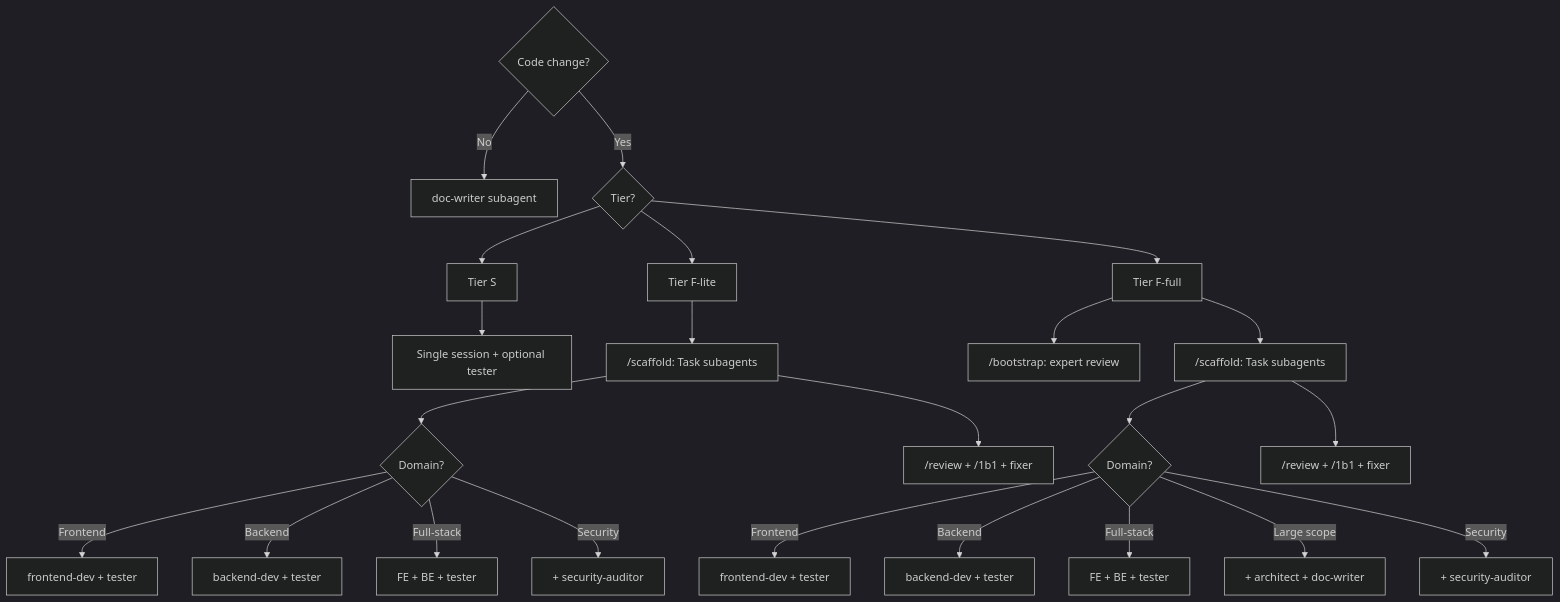
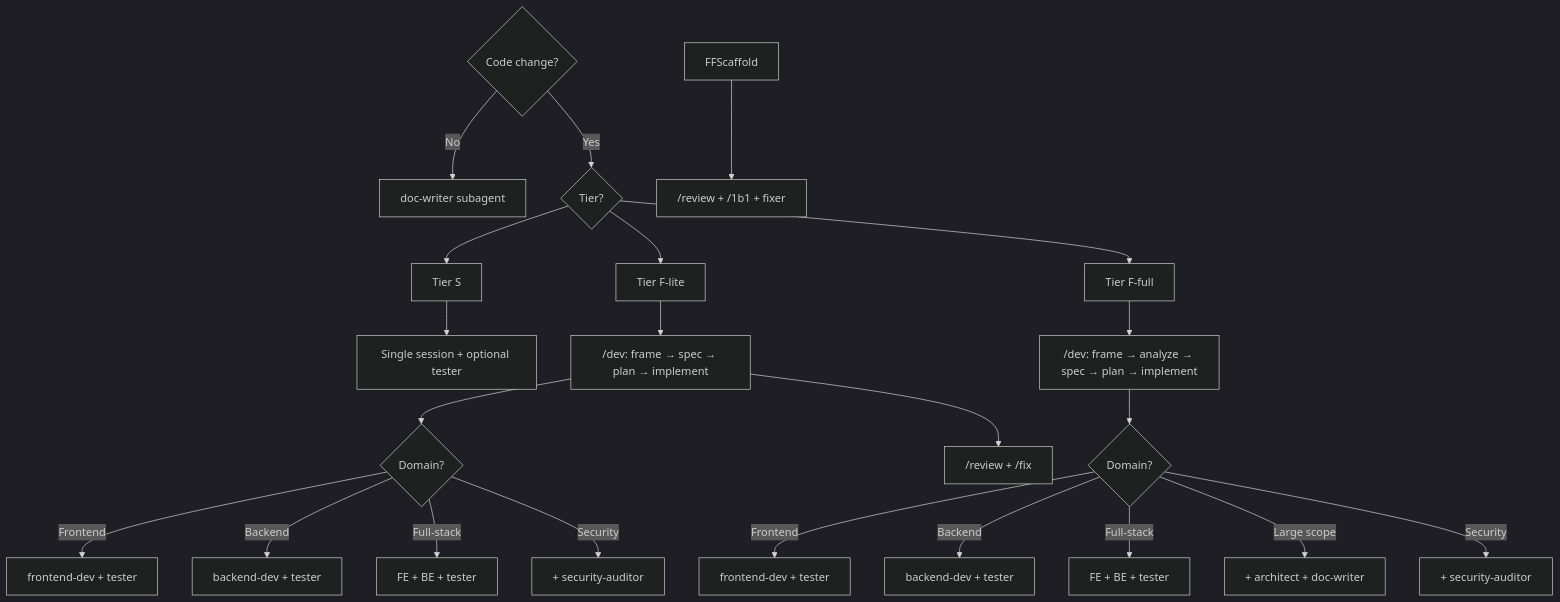
Before and after one commit to MickaelV0/roxabi_boilerplate: the first of 3 diagrams in docs/guides/agent-teams.mdx, drawn with Mermaid (dark theme). The commit also changed other lines of this file and 38 other files, not shown here.

````diff
--- a/docs/guides/agent-teams.mdx
+++ b/docs/guides/agent-teams.mdx
@@ -58,28 +58,27 @@
 ```mermaid
 flowchart TD
     Start{"Code change?"} -- No --> DocOnly["doc-writer subagent"]
     Start -- Yes --> Tier{"Tier?"}
 
     Tier --> S["Tier S"]
     S --> SSingle["Single session + optional tester"]
 
     Tier --> FL["Tier F-lite"]
-    FL --> FLScaffold["/scaffold: Task subagents"]
-    FLScaffold --> FLAgents{"Domain?"}
+    FL --> FLDev["/dev: frame → spec → plan → implement"]
+    FLDev --> FLAgents{"Domain?"}
     FLAgents -->|Frontend| FE1["frontend-dev + tester"]
     FLAgents -->|Backend| BE1["backend-dev + tester"]
     FLAgents -->|Full-stack| FS1["FE + BE + tester"]
     FLAgents -->|Security| SEC1["+ security-auditor"]
-    FLScaffold --> FLReview["/review + /1b1 + fixer"]
+    FLDev --> FLReview["/review + /fix"]
 
     Tier --> FF["Tier F-full"]
-    FF --> FFBoot["/bootstrap: expert review"]
-    FF --> FFScaffold["/scaffold: Task subagents"]
-    FFScaffold --> FFAgents{"Domain?"}
+    FF --> FFDev["/dev: frame → analyze → spec → plan → implement"]
+    FFDev --> FFAgents{"Domain?"}
     FFAgents -->|Frontend| FE2["frontend-dev + tester"]
     FFAgents -->|Backend| BE2["backend-dev + tester"]
     FFAgents -->|Full-stack| FS2["FE + BE + tester"]
     FFAgents -->|Large scope| LS["+ architect + doc-writer"]
     FFAgents -->|Security| SEC2["+ security-auditor"]
     FFScaffold --> FFReview["/review + /1b1 + fixer"]
 ```
````
